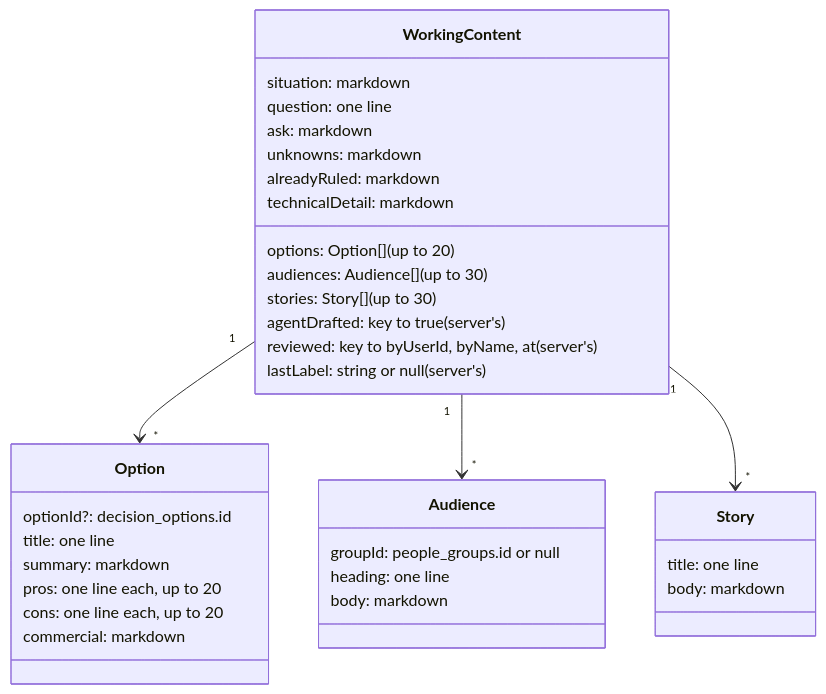
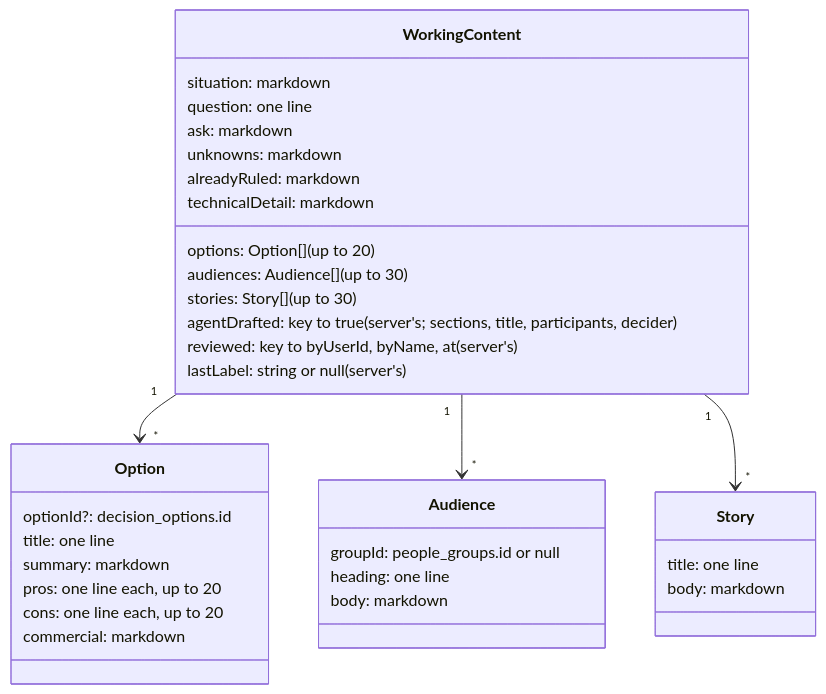
Before and after one commit to gitBoon/DumpFire: diagram 12 of 35 in docs/data-model.md, drawn with Mermaid. The commit also changed other lines of this file and 16 other files, not shown here.

First line of the commit message:
feat: a title, participants or decider chosen through an API key is flagged until a person reviews it (2728)

````diff
--- a/docs/data-model.md
+++ b/docs/data-model.md
@@ -1059,37 +1059,37 @@
 ```mermaid
 classDiagram
     class WorkingContent {
         situation: markdown
         question: one line
         ask: markdown
         options: Option[] (up to 20)
         audiences: Audience[] (up to 30)
         stories: Story[] (up to 30)
         unknowns: markdown
         alreadyRuled: markdown
         technicalDetail: markdown
-        agentDrafted: key to true (server's)
+        agentDrafted: key to true (server's; sections, title, participants, decider)
         reviewed: key to byUserId, byName, at (server's)
         lastLabel: string or null (server's)
     }
     class Option {
         optionId?: decision_options.id
         title: one line
         summary: markdown
         pros: one line each, up to 20
         cons: one line each, up to 20
         commercial: markdown
     }
     class Audience {
         groupId: people_groups.id or null
         heading: one line
         body: markdown
     }
     class Story {
         title: one line
         body: markdown
     }
     WorkingContent "1" --> "*" Option
     WorkingContent "1" --> "*" Audience
     WorkingContent "1" --> "*" Story
 ```
````
